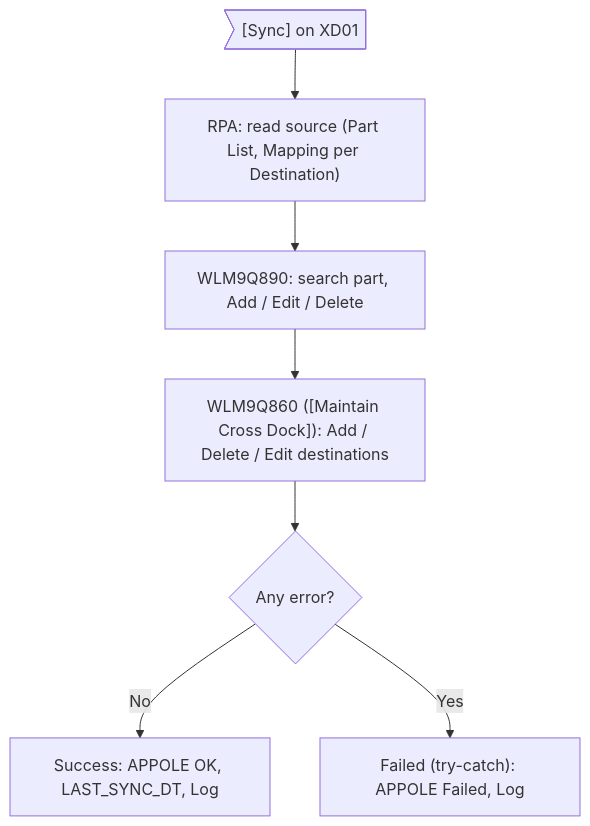
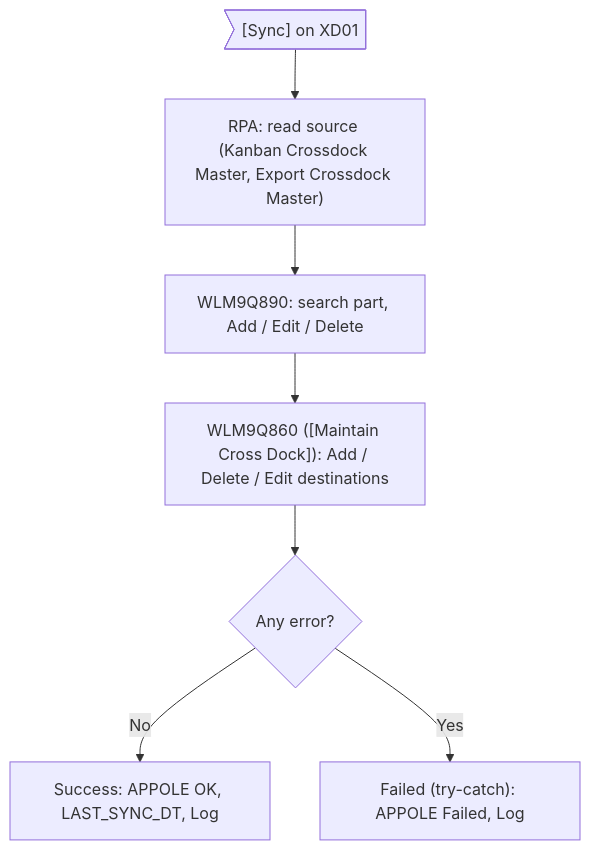
Before and after one commit to ivanrayhannn/crossdockpoc: the first of 2 diagrams in prepare_code/uiss/XD07_Batch_IFCrossDockMasterToAPPOLE.md, drawn with Mermaid. The commit also changed other lines of this file and 92 other files, not shown here.

First line of the commit message:
Crossdock Master names (Kanban / Export Crossdock Master), period on the Kanban Crossdock Master, Order Type per destination row

````diff
--- a/prepare_code/uiss/XD07_Batch_IFCrossDockMasterToAPPOLE.md
+++ b/prepare_code/uiss/XD07_Batch_IFCrossDockMasterToAPPOLE.md
@@ -31,16 +32,16 @@
 ```mermaid
 flowchart TB
   a>"[Sync] on XD01"]
-  b["RPA: read source (Part List, Mapping per Destination)"]
+  b["RPA: read source (Kanban Crossdock Master, Export Crossdock Master)"]
   c["WLM9Q890: search part, Add / Edit / Delete"]
   d["WLM9Q860 ([Maintain Cross Dock]): Add / Delete / Edit destinations"]
   e{"Any error?"}
   f["Success: APPOLE OK, LAST_SYNC_DT, Log"]
   h["Failed (try-catch): APPOLE Failed, Log"]
   a --> b
   b --> c
   c --> d
   d --> e
   e -->|No| f
   e -->|Yes| h
 ```
````
